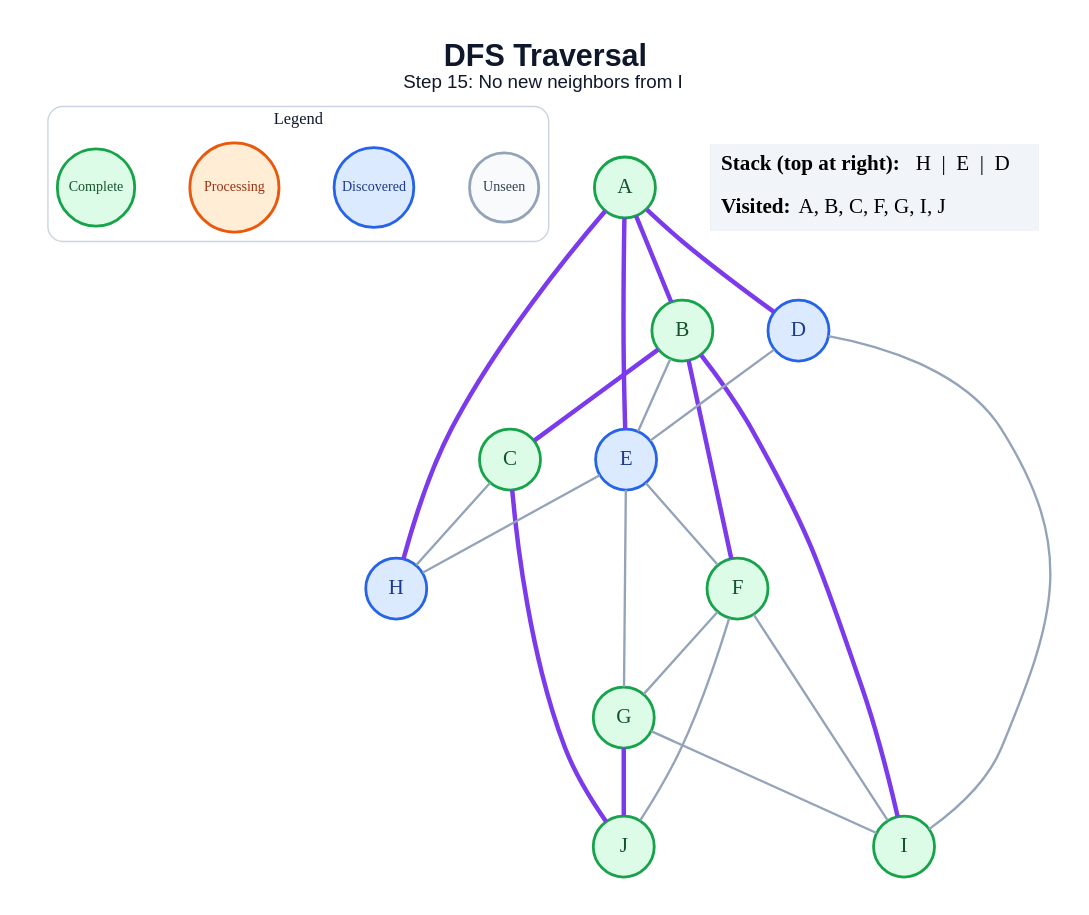
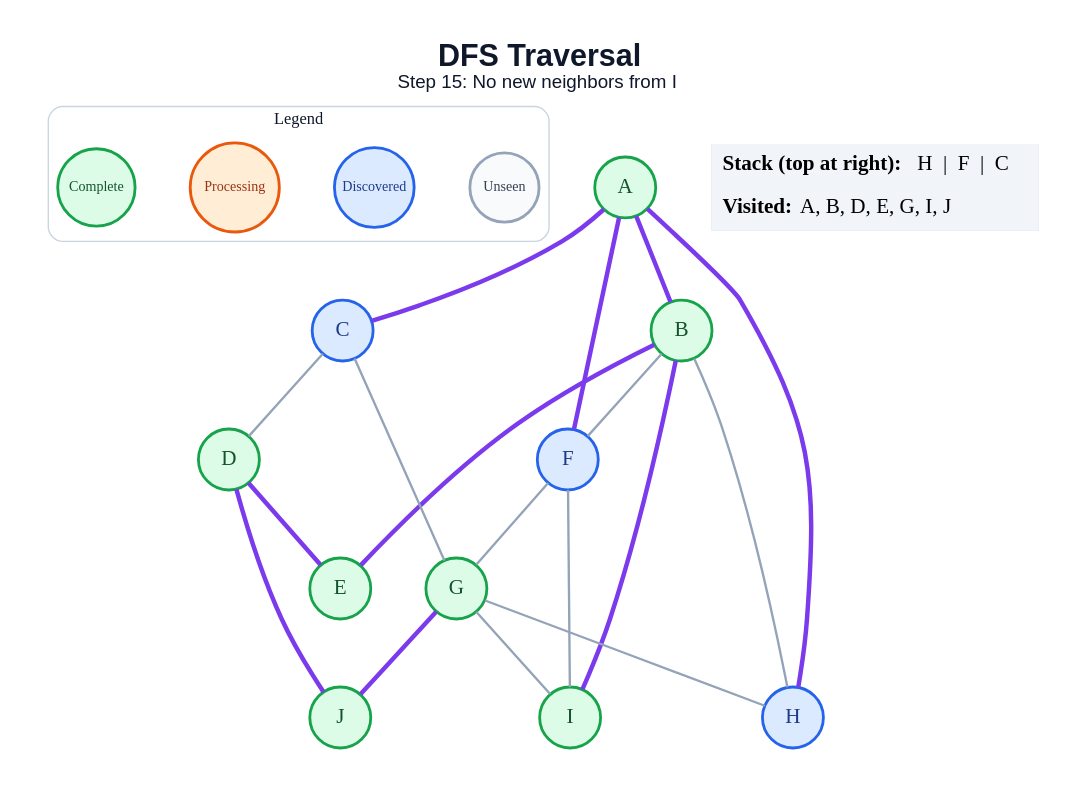
One commit to amanghodawala9/ai-slop changed the diagram in generated/dfs/step_15.dot. Above: the diagram before and after it, drawn with Graphviz. The commit also changed 178 other files, not shown here.

```diff
--- a/generated/dfs/step_15.dot
+++ b/generated/dfs/step_15.dot
@@ -1,49 +1,46 @@
 graph traversal {
   graph [layout=dot, rankdir=TB, bgcolor="#FFFFFF", pad="0.35", nodesep="0.65", ranksep="0.8", fontname="Arial"];
   node [shape=circle, style="filled", fontname="Arial Bold", fontsize=18, width=0.72, fixedsize=true, penwidth=2.4];
   edge [color="#94A3B8", penwidth=2.0];
   label=<<B>DFS Traversal</B><BR/><FONT POINT-SIZE="16">Step 15: No new neighbors from I</FONT>>; labelloc="t"; fontsize=26; fontname="Arial"; fontcolor="#0F172A";
   subgraph cluster_legend { label="Legend"; color="#CBD5E1"; penwidth=1.2; style="rounded"; fontsize=14; fontname="Arial Bold";
     key_unseen [label="Unseen", fillcolor="#F8FAFC", color="#94A3B8", fontcolor="#334155", fontsize=12, width=0.82];
     key_frontier [label="Discovered", fillcolor="#DBEAFE", color="#2563EB", fontcolor="#1E3A8A", fontsize=12, width=0.95];
     key_current [label="Processing", fillcolor="#FFEDD5", color="#EA580C", fontcolor="#9A3412", fontsize=12, width=1.05];
     key_done [label="Complete", fillcolor="#DCFCE7", color="#16A34A", fontcolor="#14532D", fontsize=12, width=0.92];
     { rank=same; key_unseen; key_frontier; key_current; key_done; }
   }
   A [fillcolor="#DCFCE7", color="#16A34A", fontcolor="#14532D"];
   B [fillcolor="#DCFCE7", color="#16A34A", fontcolor="#14532D"];
-  C [fillcolor="#DCFCE7", color="#16A34A", fontcolor="#14532D"];
-  D [fillcolor="#DBEAFE", color="#2563EB", fontcolor="#1E3A8A"];
-  E [fillcolor="#DBEAFE", color="#2563EB", fontcolor="#1E3A8A"];
-  F [fillcolor="#DCFCE7", color="#16A34A", fontcolor="#14532D"];
+  C [fillcolor="#DBEAFE", color="#2563EB", fontcolor="#1E3A8A"];
+  D [fillcolor="#DCFCE7", color="#16A34A", fontcolor="#14532D"];
+  E [fillcolor="#DCFCE7", color="#16A34A", fontcolor="#14532D"];
+  F [fillcolor="#DBEAFE", color="#2563EB", fontcolor="#1E3A8A"];
   G [fillcolor="#DCFCE7", color="#16A34A", fontcolor="#14532D"];
   H [fillcolor="#DBEAFE", color="#2563EB", fontcolor="#1E3A8A"];
   I [fillcolor="#DCFCE7", color="#16A34A", fontcolor="#14532D"];
   J [fillcolor="#DCFCE7", color="#16A34A", fontcolor="#14532D"];
   A -- B [color="#7C3AED", penwidth=3.8];
-  A -- D [color="#7C3AED", penwidth=3.8];
-  A -- E [color="#7C3AED", penwidth=3.8];
+  A -- C [color="#7C3AED", penwidth=3.8];
+  A -- F [color="#7C3AED", penwidth=3.8];
   A -- H [color="#7C3AED", penwidth=3.8];
-  B -- C [color="#7C3AED", penwidth=3.8];
-  B -- E;
-  B -- F [color="#7C3AED", penwidth=3.8];
+  B -- E [color="#7C3AED", penwidth=3.8];
+  B -- F;
+  B -- H;
   B -- I [color="#7C3AED", penwidth=3.8];
-  C -- H;
-  C -- J [color="#7C3AED", penwidth=3.8];
-  D -- E;
-  D -- I;
-  E -- F;
-  E -- G;
-  E -- H;
+  C -- D;
+  C -- G;
+  D -- E [color="#7C3AED", penwidth=3.8];
+  D -- J [color="#7C3AED", penwidth=3.8];
   F -- G;
   F -- I;
-  F -- J;
+  G -- H;
   G -- I;
   G -- J [color="#7C3AED", penwidth=3.8];
   status [shape=plain, fixedsize=false, width=0, height=0, margin=0, label=<
     <TABLE BORDER="0" CELLBORDER="0" CELLPADDING="7" BGCOLOR="#F1F5F9">
-      <TR><TD ALIGN="LEFT"><B>Stack (top at right):</B> H  |  E  |  D</TD></TR>
-      <TR><TD ALIGN="LEFT"><B>Visited:</B> A, B, C, F, G, I, J</TD></TR>
+      <TR><TD ALIGN="LEFT"><B>Stack (top at right):</B> H  |  F  |  C</TD></TR>
+      <TR><TD ALIGN="LEFT"><B>Visited:</B> A, B, D, E, G, I, J</TD></TR>
     </TABLE>
   >];
 }
```
